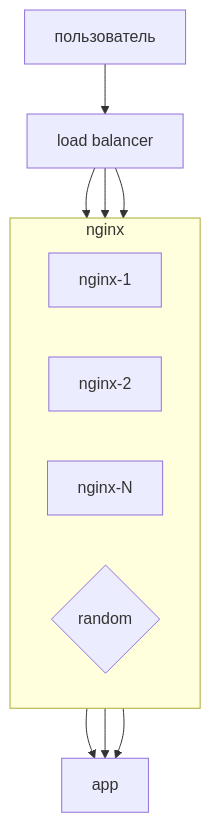
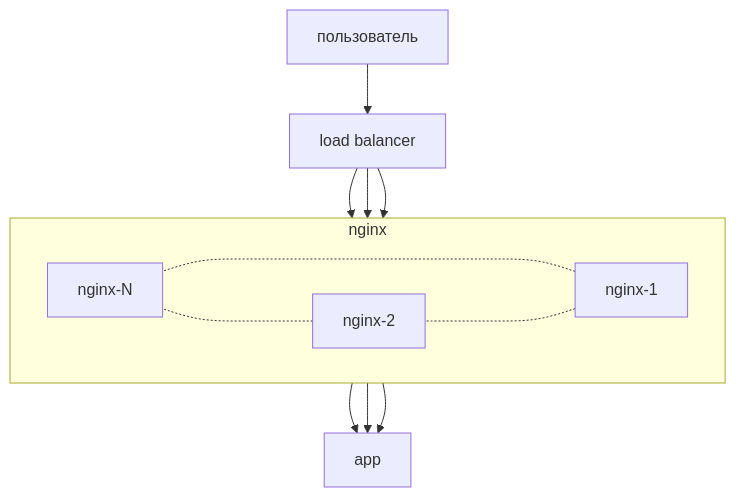
One commit to Akishy/test-challenge changed the diagram in README.md. Above: the diagram before and after it, drawn with Mermaid. The commit also changed other lines of this file, not shown here.

````diff
--- a/README.md
+++ b/README.md
@@ -35,27 +35,29 @@
 ```mermaid
 flowchart TD
     User[пользователь]
     
     LB[load balancer]
     
     subgraph nginx
         direction RL
         N1[nginx-1]
         N2[nginx-2]
         NN[nginx-N]
         
-        C{random}
+        N1 -..- N2
+        N1 -..- NN
+        N2 -..- NN
     end
 
     App[app]
     
     User --> LB
     
     LB --> N1
     LB --> N2
     LB --> NN
     
     N1 --> App
     N2 --> App
     NN --> App
 ```
````
